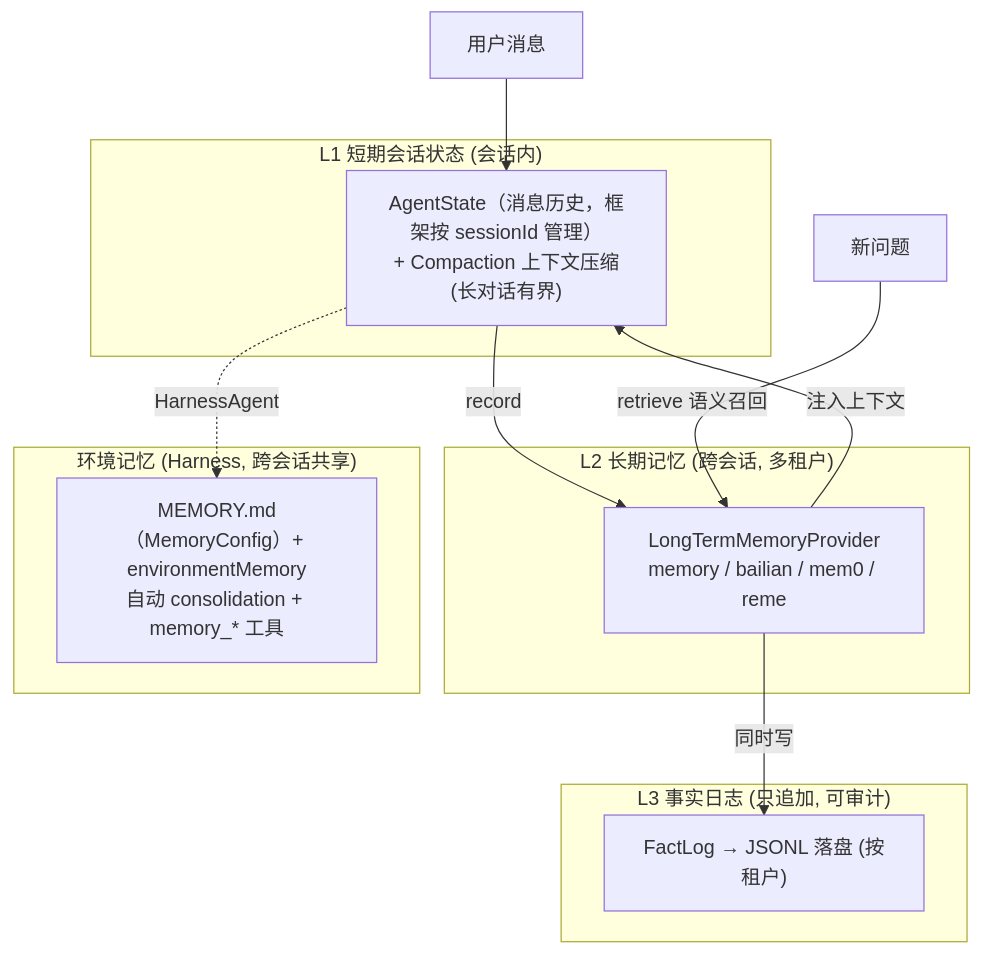
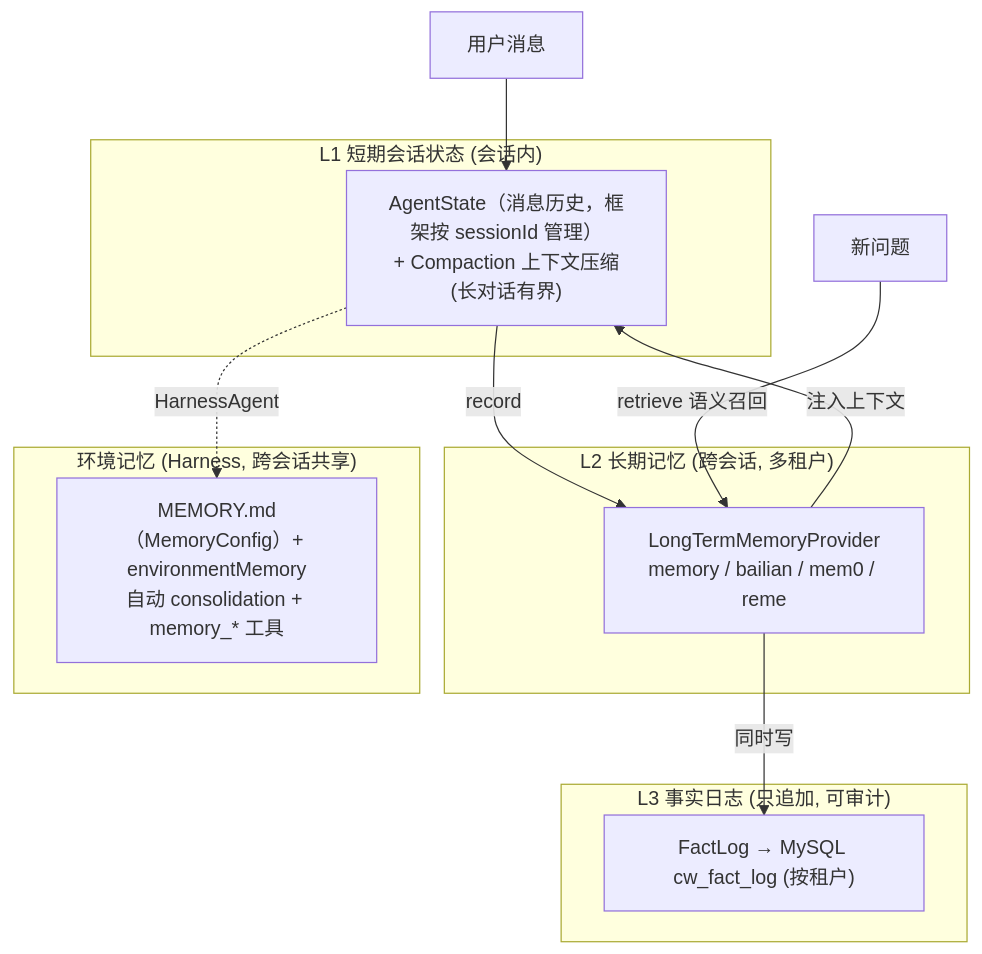
One commit to liulangjietou/customer_work changed diagram 16 of 33 in docs/详细技术文档.md. Above: the diagram before and after it, drawn with Mermaid. The commit also changed other lines of this file and 114 other files, not shown here.

````diff
--- a/docs/详细技术文档.md
+++ b/docs/详细技术文档.md
@@ -573,21 +573,21 @@
 ```mermaid
 flowchart TB
     subgraph L1["L1 短期会话状态 (会话内)"]
         A["AgentState（消息历史，框架按 sessionId 管理）<br/>+ Compaction 上下文压缩(长对话有界)"]
     end
     subgraph L2["L2 长期记忆 (跨会话, 多租户)"]
         B["LongTermMemoryProvider<br/>memory / bailian / mem0 / reme"]
     end
     subgraph L3["L3 事实日志 (只追加, 可审计)"]
-        C["FactLog → JSONL 落盘 (按租户)"]
+        C["FactLog → MySQL cw_fact_log (按租户)"]
     end
     subgraph ENV["环境记忆 (Harness, 跨会话共享)"]
         E["MEMORY.md（MemoryConfig）+ environmentMemory<br/>自动 consolidation + memory_* 工具"]
     end
     U[用户消息] --> A
     A -->|record| B
     B -->|同时写| C
     Q[新问题] -->|retrieve 语义召回| B
     B -->|注入上下文| A
     A -. HarnessAgent .-> E
 ```
````
